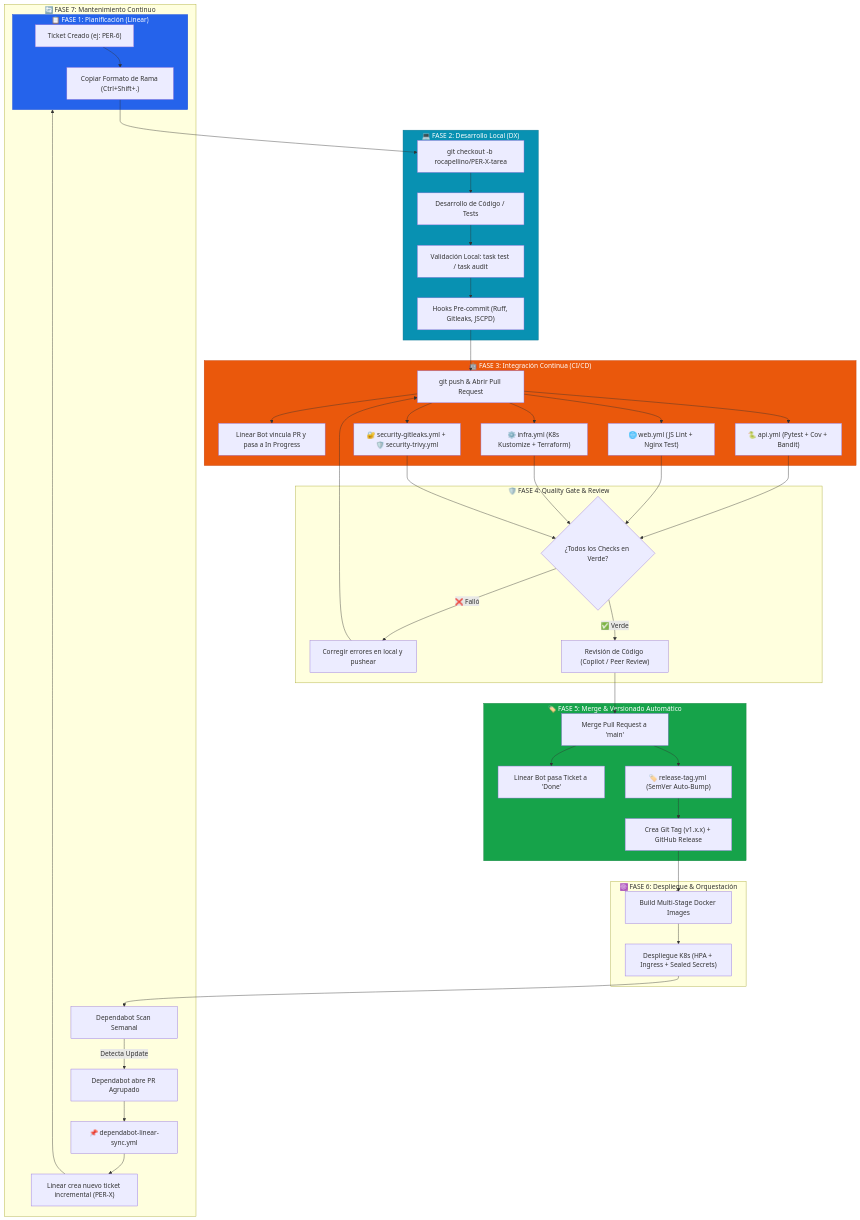
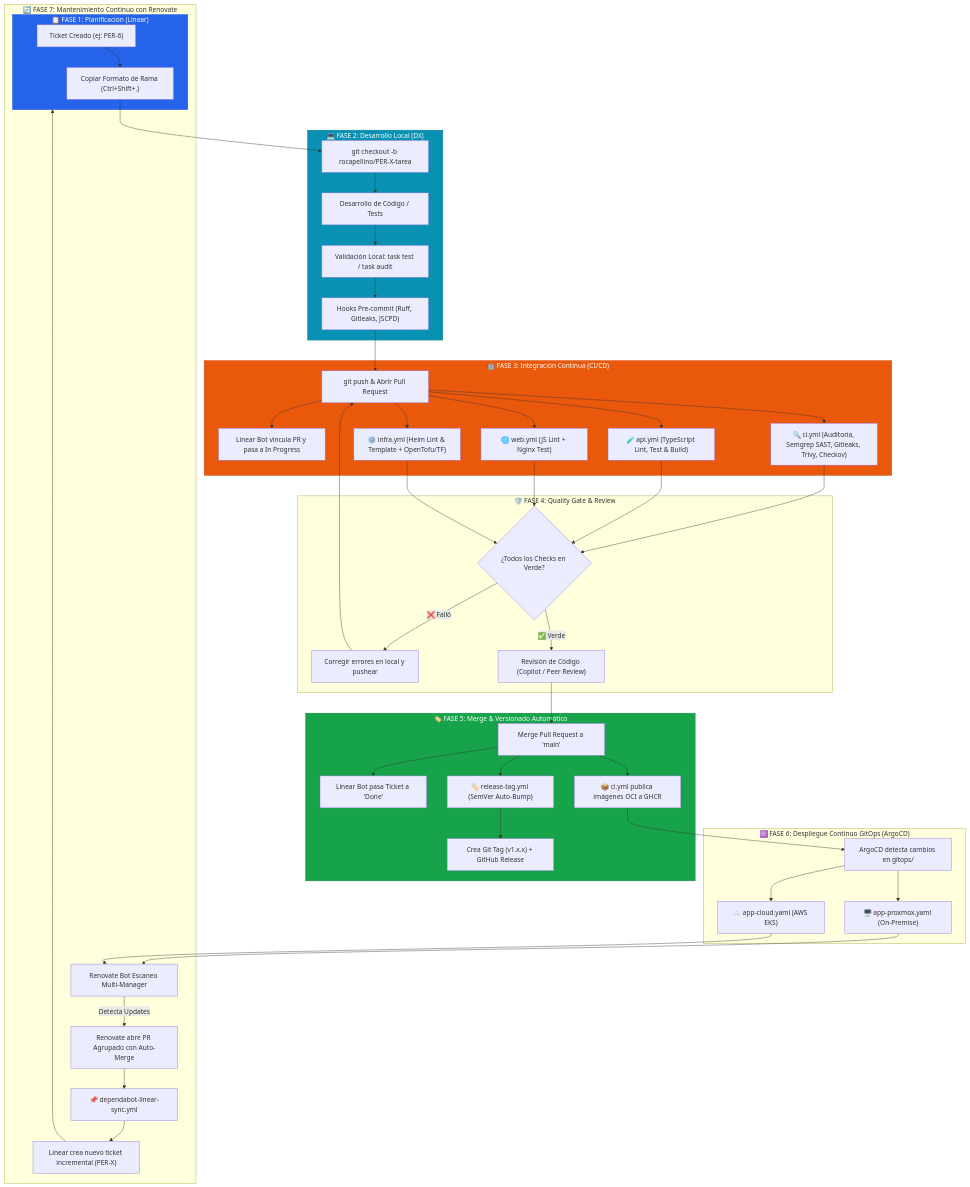
The diagram in docs/architecture/APPLICATION_LIFECYCLE.md (rocapellino/pokedex), drawn with Mermaid before and after one commit. The commit also changed other lines of this file and 7 other files, not shown here.

Commit message:
chore: remove obsolete jenkins artifacts and align documentation with ArgoCD and GitHub Actions

````diff
--- a/docs/architecture/APPLICATION_LIFECYCLE.md
+++ b/docs/architecture/APPLICATION_LIFECYCLE.md
@@ -22,66 +22,68 @@
 ```mermaid
 flowchart TD
     %% FASE 1: PLANIFICACIÓN
     subgraph F1["📋 FASE 1: Planificación (Linear)"]
         L1["Ticket Creado (ej: PER-6)"] --> L2["Copiar Formato de Rama (Ctrl+Shift+.)"]
     end
 
     %% FASE 2: DESARROLLO LOCAL
     subgraph F2["💻 FASE 2: Desarrollo Local (DX)"]
         L2 --> G1["git checkout -b rocapellino/PER-X-tarea"]
         G1 --> DEV["Desarrollo de Código / Tests"]
         DEV --> LOC_TEST["Validación Local: task test / task audit"]
         LOC_TEST --> PRECOMMIT["Hooks Pre-commit (Ruff, Gitleaks, JSCPD)"]
     end
 
     %% FASE 3: CI & SEGURIDAD
     subgraph F3["🤖 FASE 3: Integración Continua (CI/CD)"]
         PRECOMMIT --> PUSH["git push & Abrir Pull Request"]
         PUSH --> LIN_BOT["Linear Bot vincula PR y pasa a In Progress"]
-        PUSH --> CI_API["🐍 api.yml (Pytest + Cov + Bandit)"]
+        PUSH --> CI_MAIN["🔍 ci.yml (Auditoría, Semgrep SAST, Gitleaks, Trivy, Checkov)"]
+        PUSH --> CI_API["🧪 api.yml (TypeScript Lint, Test & Build)"]
         PUSH --> CI_WEB["🌐 web.yml (JS Lint + Nginx Test)"]
-        PUSH --> CI_INFRA["⚙️ infra.yml (K8s Kustomize + Terraform)"]
-        PUSH --> CI_SEC["🔐 security-gitleaks.yml + 🛡️ security-trivy.yml"]
+        PUSH --> CI_INFRA["⚙️ infra.yml (Helm Lint & Template + OpenTofu/TF)"]
     end
 
     %% FASE 4: CODE REVIEW & RULES
     subgraph F4["🛡️ FASE 4: Quality Gate & Review"]
-        CI_API & CI_WEB & CI_INFRA & CI_SEC --> GATE{¿Todos los Checks en Verde?}
+        CI_MAIN & CI_API & CI_WEB & CI_INFRA --> GATE{¿Todos los Checks en Verde?}
         GATE -->|❌ Falló| FIX["Corregir errores en local y pushear"]
         FIX --> PUSH
         GATE -->|✅ Verde| REVIEW["Revisión de Código (Copilot / Peer Review)"]
     end
 
     %% FASE 5: RELEASE AUTOMÁTICO
     subgraph F5["🏷️ FASE 5: Merge & Versionado Automático"]
         REVIEW --> MERGE["Merge Pull Request a 'main'"]
         MERGE --> LIN_DONE["Linear Bot pasa Ticket a 'Done'"]
         MERGE --> AUTO_TAG["🏷️ release-tag.yml (SemVer Auto-Bump)"]
         AUTO_TAG --> TAG["Crea Git Tag (v1.x.x) + GitHub Release"]
+        MERGE --> GHCR_PUB["📦 ci.yml publica imágenes OCI a GHCR"]
     end
 
-    %% FASE 6: DESPLIEGUE
-    subgraph F6["☸️ FASE 6: Despliegue & Orquestación"]
-        TAG --> DOCKER_BUILD["Build Multi-Stage Docker Images"]
-        DOCKER_BUILD --> K8S_DEPLOY["Despliegue K8s (HPA + Ingress + Sealed Secrets)"]
+    %% FASE 6: DESPLIEGUE GITOPS
+    subgraph F6["☸️ FASE 6: Despliegue Continuo GitOps (ArgoCD)"]
+        GHCR_PUB --> ARGO_SYNC["ArgoCD detecta cambios en gitops/"]
+        ARGO_SYNC --> ARGO_PVE["🖥️ app-proxmox.yaml (On-Premise)"]
+        ARGO_SYNC --> ARGO_CLOUD["☁️ app-cloud.yaml (AWS EKS)"]
     end
 
     %% FASE 7: MANTENIMIENTO CONTINUO
-    subgraph F7["🔄 FASE 7: Mantenimiento Continuo"]
-        K8S_DEPLOY --> DEP_SCAN["Dependabot Scan Semanal"]
-        DEP_SCAN -->|Detecta Update| DEP_PR["Dependabot abre PR Agrupado"]
-        DEP_PR --> DEP_SYNC["📌 dependabot-linear-sync.yml"]
-        DEP_SYNC --> LIN_NEW["Linear crea nuevo ticket incremental (PER-X)"]
+    subgraph F7["🔄 FASE 7: Mantenimiento Continuo con Renovate"]
+        ARGO_PVE & ARGO_CLOUD --> RENOVATE_SCAN["Renovate Bot Escaneo Multi-Manager"]
+        RENOVATE_SCAN -->|Detecta Updates| RENO_PR["Renovate abre PR Agrupado con Auto-Merge"]
+        RENO_PR --> RENO_SYNC["📌 dependabot-linear-sync.yml"]
+        RENO_SYNC --> LIN_NEW["Linear crea nuevo ticket incremental (PER-X)"]
         LIN_NEW --> F1
     end
 
     classDef primary fill:#2563eb,stroke:#1d4ed8,color:#fff;
     classDef success fill:#16a34a,stroke:#15803d,color:#fff;
     classDef warning fill:#ea580c,stroke:#c2410c,color:#fff;
     classDef info fill:#0891b2,stroke:#0e7490,color:#fff;
 
     class F1 primary;
     class F2 info;
     class F3 warning;
     class F5 success;
 ```
````
